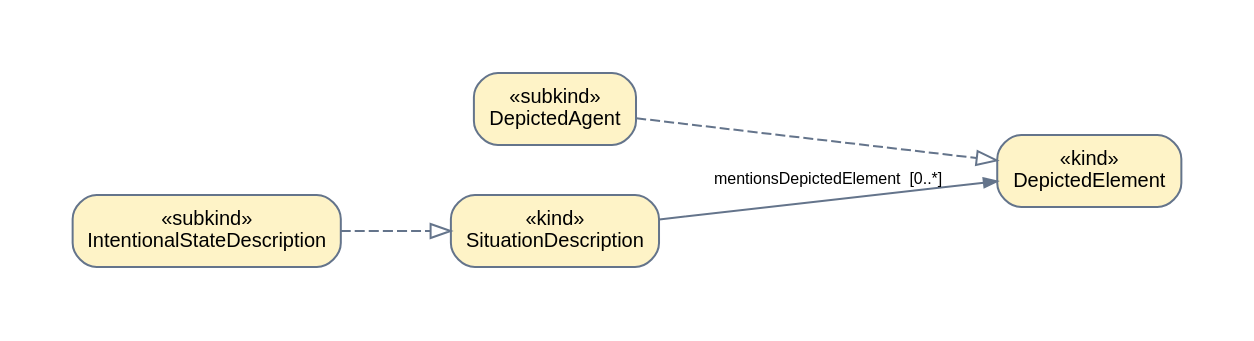
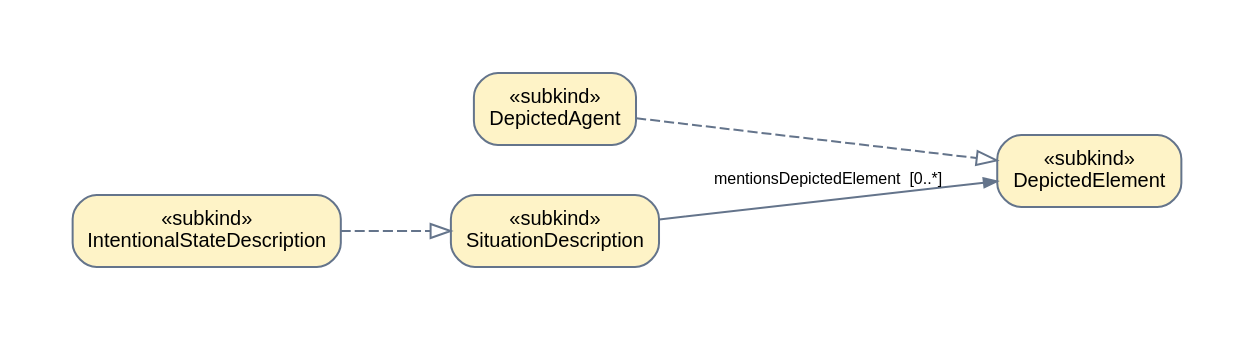
The diagram in model/diagrams/representation.dot (jeffersonspeck/artistic-reality-ontology), drawn with Graphviz before and after one commit. The commit also changed 158 other files, not shown here.

```diff
--- a/model/diagrams/representation.dot
+++ b/model/diagrams/representation.dot
@@ -1,13 +1,13 @@
 // Generated by scripts/build.py from model/conceptual-model.json. Do not edit by hand.
 digraph ontology {
 graph [rankdir=LR, bgcolor="white", pad="0.4", nodesep="0.35", ranksep="0.75", fontname="Arial"];
 node [shape=box, style="rounded,filled", color="#64748b", fontname="Arial", fontsize=10];
 edge [color="#64748b", fontname="Arial", fontsize=8];
-"DepictedElement" [label="«kind»\nDepictedElement",fillcolor="#fef3c7"];
+"DepictedElement" [label="«subkind»\nDepictedElement",fillcolor="#fef3c7"];
 "DepictedAgent" [label="«subkind»\nDepictedAgent",fillcolor="#fef3c7"];
-"SituationDescription" [label="«kind»\nSituationDescription",fillcolor="#fef3c7"];
+"SituationDescription" [label="«subkind»\nSituationDescription",fillcolor="#fef3c7"];
 "IntentionalStateDescription" [label="«subkind»\nIntentionalStateDescription",fillcolor="#fef3c7"];
 "SituationDescription" -> "DepictedElement" [label="mentionsDepictedElement  [0..*]",arrowsize=.65];
 "DepictedAgent" -> "DepictedElement" [arrowhead=empty,style=dashed];
 "IntentionalStateDescription" -> "SituationDescription" [arrowhead=empty,style=dashed];
 }
```
